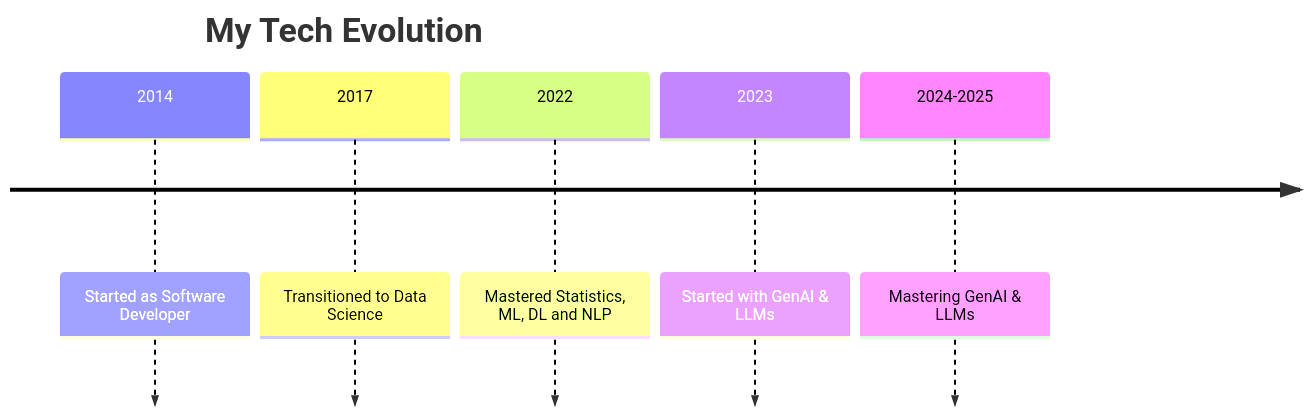
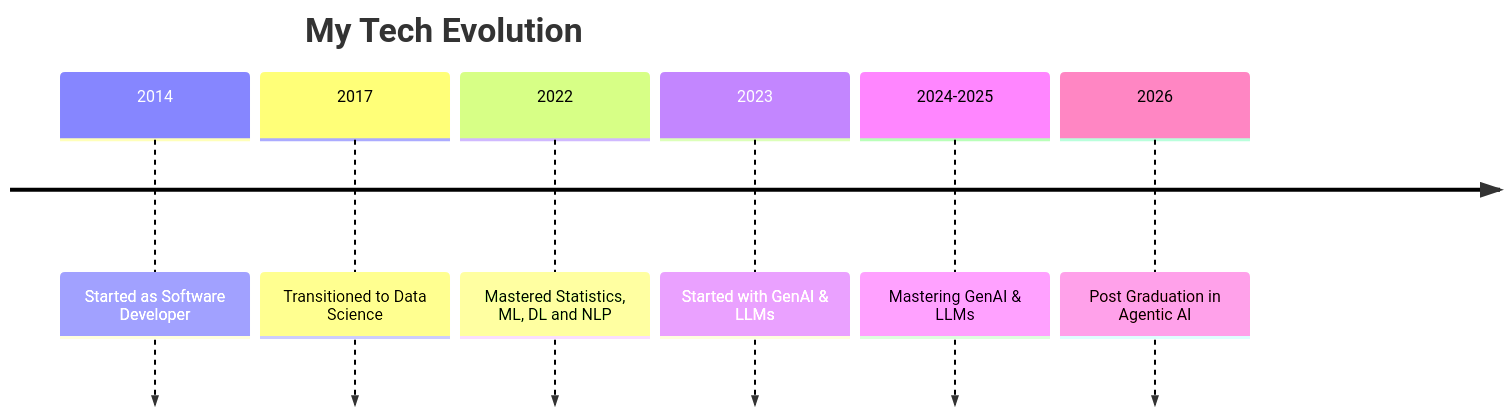
Before and after one commit to nikhilniksss/nikhilniksss: the first of 2 diagrams in README.md, drawn with Mermaid.

````diff
--- a/README.md
+++ b/README.md
@@ -8,9 +8,10 @@
 ```mermaid
 timeline
     title My Tech Evolution
     2014 : Started as Software Developer
     2017 : Transitioned to Data Science
     2022 : Mastered Statistics, ML, DL and NLP
     2023 : Started with GenAI & LLMs
     2024-2025 : Mastering GenAI & LLMs
+    2026 : Post Graduation in Agentic AI
 ```
````
